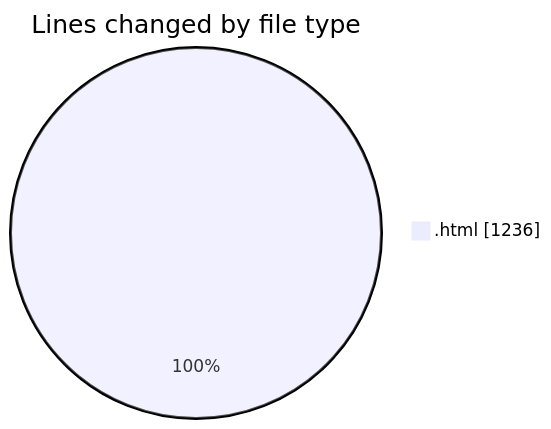
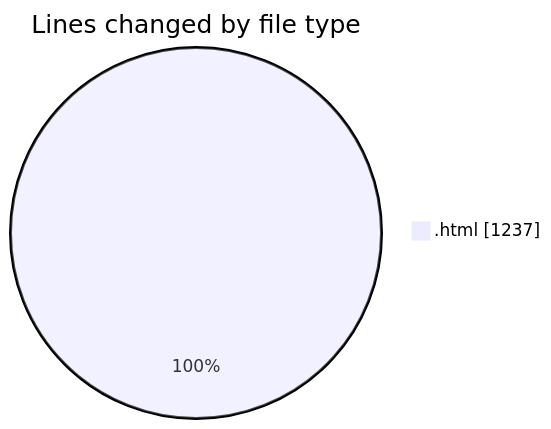
Before and after one commit to Ritupan-Deka/code-tracking: the first of 2 diagrams in 2025-04-27/portfolio/README.md, drawn with Mermaid. The commit also changed other lines of this file and 1 other file, not shown here.

````diff
--- a/2025-04-27/portfolio/README.md
+++ b/2025-04-27/portfolio/README.md
@@ -20,5 +20,5 @@
 ```mermaid
 pie showData
 title Lines changed by file type
-".html" : 1236
+".html" : 1237
 ```
````
